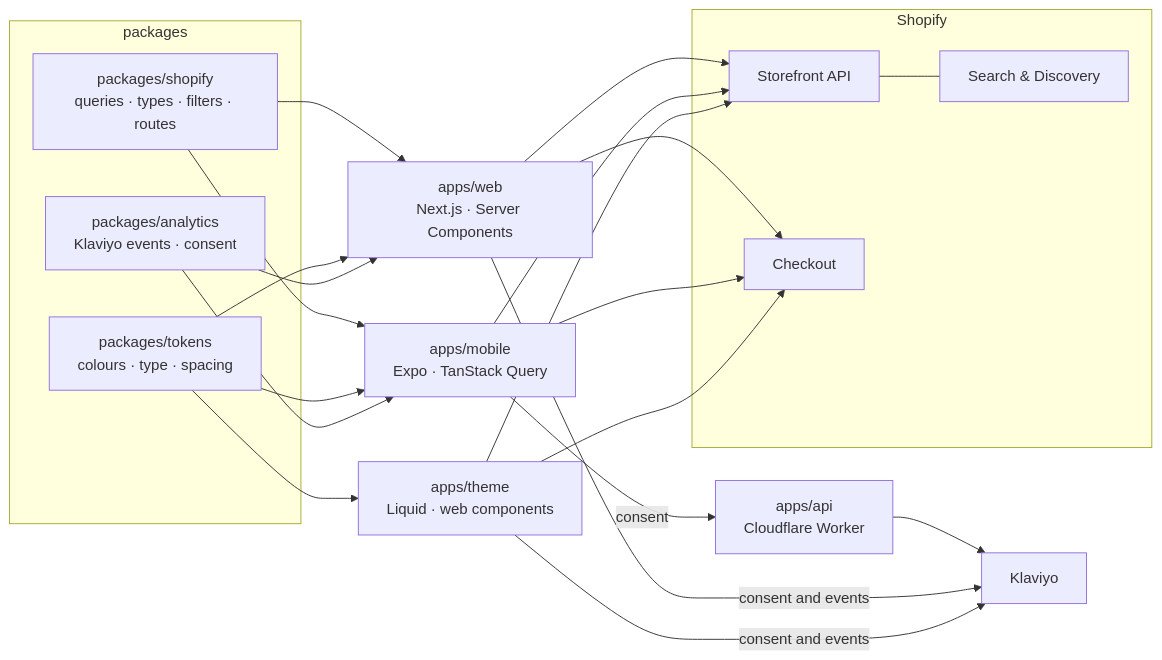
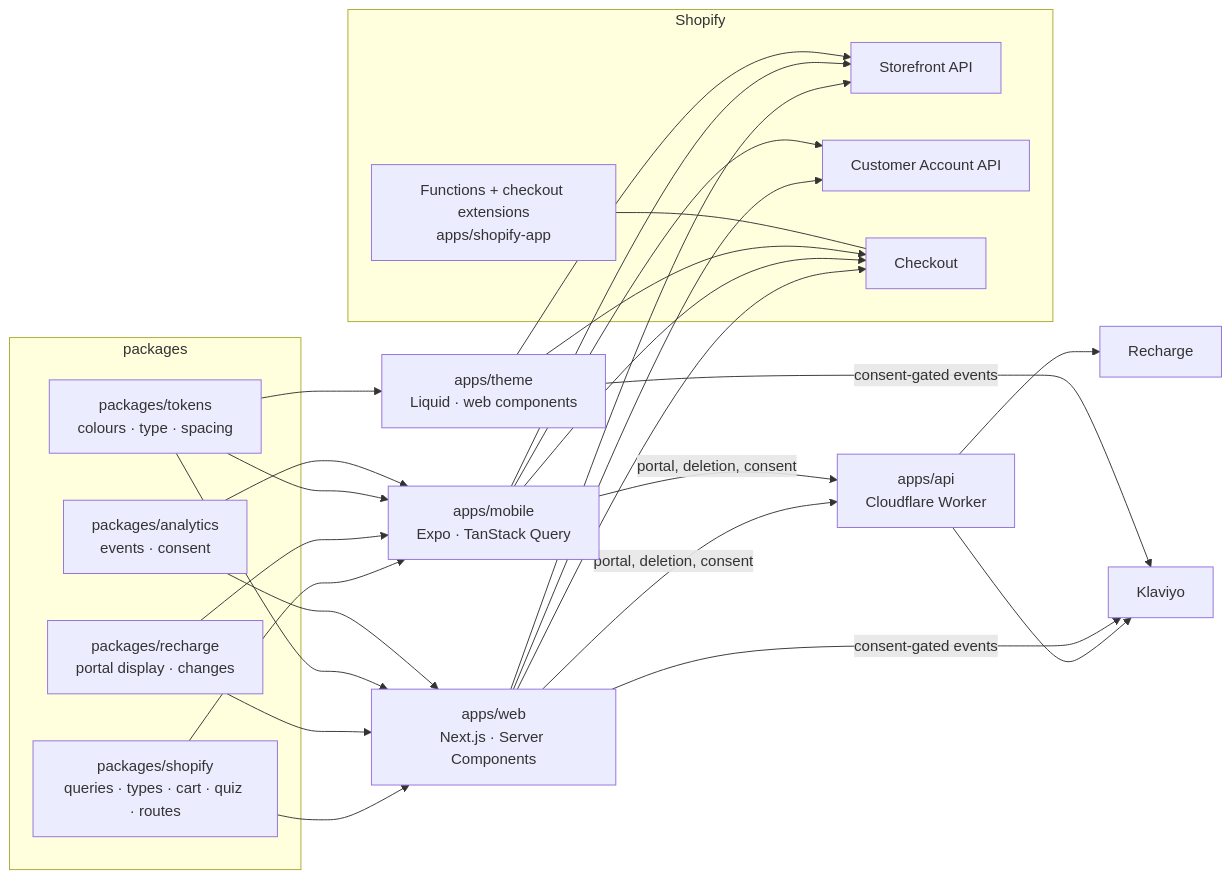
One commit to tben140/formulate changed the diagram in README.md. Above: the diagram before and after it, drawn with Mermaid. The commit also changed other lines of this file, not shown here.

First line of the commit message:
docs(readme): v1 draft: Double Helix, subscriptions, Functions, how it was built

````diff
--- a/README.md
+++ b/README.md
@@ -22,28 +25,33 @@
 ```mermaid
 flowchart LR
   subgraph Shopify
     SF[Storefront API]
-    SD[Search & Discovery]
+    CA[Customer Account API]
     CO[Checkout]
+    FN[Functions + checkout extensions<br/>apps/shopify-app]
   end
   subgraph packages
-    SH[packages/shopify<br/>queries · types · filters · routes]
+    SH[packages/shopify<br/>queries · types · cart · quiz · routes]
+    RC[packages/recharge<br/>portal display · changes]
     TK[packages/tokens<br/>colours · type · spacing]
-    AN[packages/analytics<br/>Klaviyo events · consent]
+    AN[packages/analytics<br/>events · consent]
   end
   WEB[apps/web<br/>Next.js · Server Components]
   APP[apps/mobile<br/>Expo · TanStack Query]
   THEME[apps/theme<br/>Liquid · web components]
   API[apps/api<br/>Cloudflare Worker]
+  RE[Recharge]
   KL[Klaviyo]
 
   SH --> WEB & APP
+  RC --> WEB & APP
   TK --> WEB & APP & THEME
   AN --> WEB & APP
-  WEB & APP --> SF
+  WEB & APP --> SF & CA
   THEME --> SF
-  SF --- SD
   WEB & APP & THEME --> CO
-  APP -- consent --> API --> KL
-  WEB & THEME -- consent and events --> KL
+  FN --- CO
+  WEB & APP -- portal, deletion, consent --> API
+  API --> RE & KL
+  WEB & THEME -- consent-gated events --> KL
 ```
````
